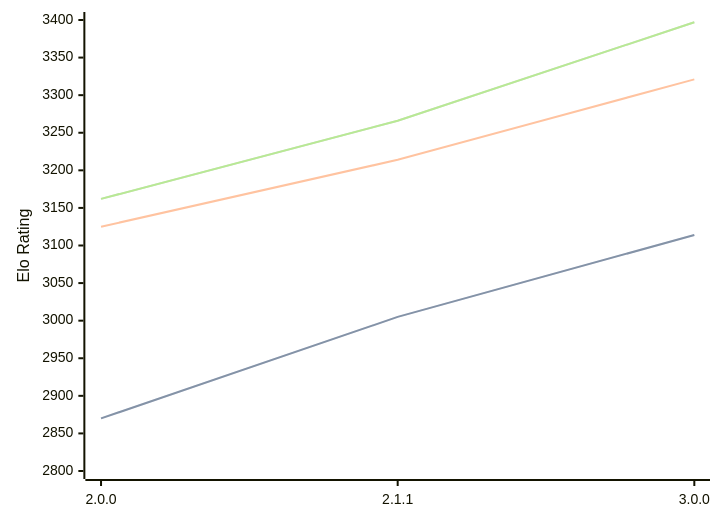
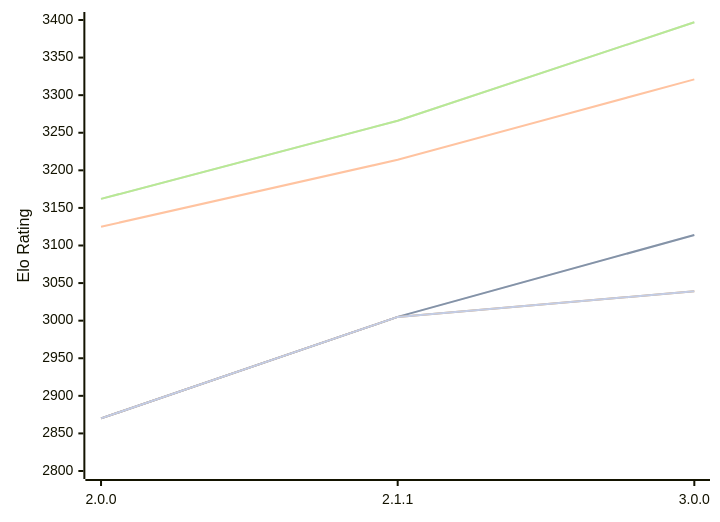
One commit to computer-chess-index/cci changed the diagram in engines/Bread.md. Above: the diagram before and after it, drawn with Mermaid. The commit also changed other lines of this file, not shown here.

Commit message:
Update CCI Ratings (ELO VLTC) - 2026-10-11

````diff
--- a/engines/Bread.md
+++ b/engines/Bread.md
@@ -49,16 +49,13 @@
 ```mermaid
 %%{init: {"theme":"base","themeVariables":{"seriesColors:['#a3a3a3','#222221','#faa371']}}}%%
 xychart-beta
   x-axis ["2.0.0", "2.1.1", "3.0.0"]
   y-axis "Elo Rating" 2800 --> 3400
   line "" [2870, 3005, 3114]
   line "T1: STC (8.0+0.08s)" [2870, 3005, 3114]
   line "T1: LTC (60.0+0.60s)" [3125, 3214, 3321]
   line "" [3162, 3266, 3397]
   line "T1: VLTC (2m24s+1.12s)" [3162, 3266, 3397]
-  line "" [3029]
-  line "E1: STC (8.0+0.08s)" [3029]
-  line "E1: LTC (60.0+0.60s)" [3224]
-  line "" [3326]
-  line "E1: VLTC (2m24s+1.12s)" [3326]
+  line "" [2870, 3005,3039]
+  line "E1: STC (8.0+0.08s)" [2870, 3005,3039]
 ```
````
